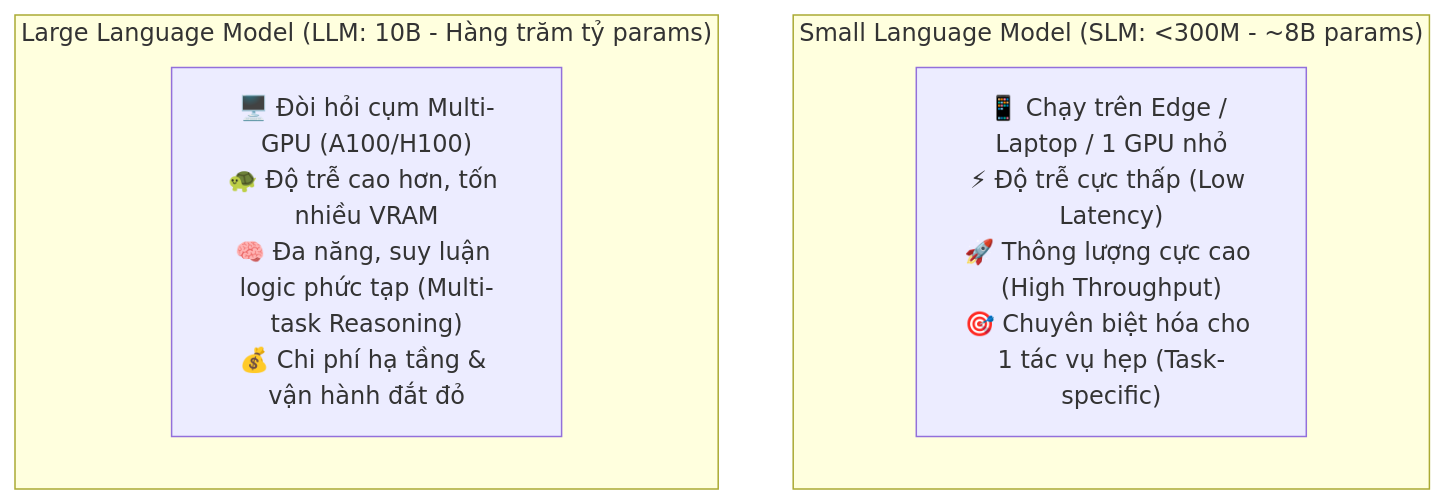
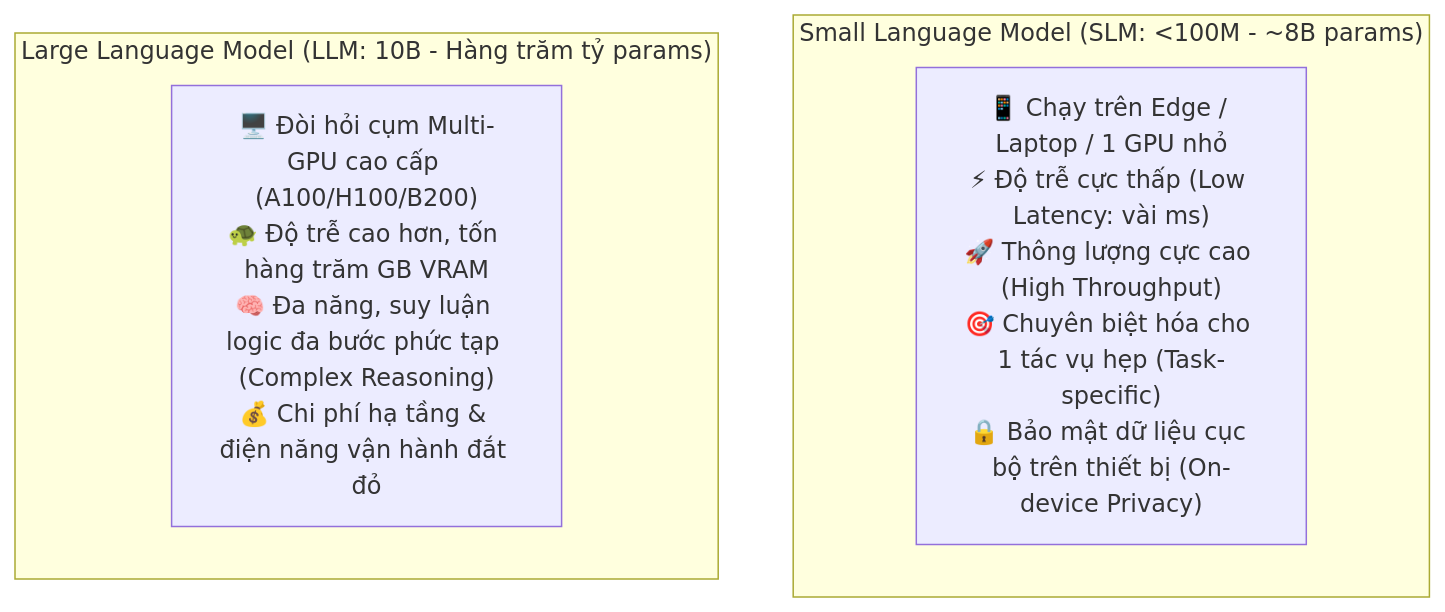
One commit to nxthanh2904/nca-genl changed the second of 5 diagrams in Module_05_Model_Selection.md. Above: the diagram before and after it, drawn with Mermaid. The commit also changed other lines of this file and 11 other files, not shown here.

````diff
--- a/Module_05_Model_Selection.md
+++ b/Module_05_Model_Selection.md
@@ -41,12 +49,12 @@
 ```mermaid
 flowchart TD
-    subgraph SLM_Box["Small Language Model (SLM: <300M - ~8B params)"]
+    subgraph SLM_Box["Small Language Model (SLM: <100M - ~8B params)"]
         direction LR
-        SLM_Icon["📱 Chạy trên Edge / Laptop / 1 GPU nhỏ<br/>⚡ Độ trễ cực thấp (Low Latency)<br/>🚀 Thông lượng cực cao (High Throughput)<br/>🎯 Chuyên biệt hóa cho 1 tác vụ hẹp (Task-specific)"]
+        SLM_Icon["📱 Chạy trên Edge / Laptop / 1 GPU nhỏ<br/>⚡ Độ trễ cực thấp (Low Latency: vài ms)<br/>🚀 Thông lượng cực cao (High Throughput)<br/>🎯 Chuyên biệt hóa cho 1 tác vụ hẹp (Task-specific)<br/>🔒 Bảo mật dữ liệu cục bộ trên thiết bị (On-device Privacy)"]
     end
 
     subgraph LLM_Box["Large Language Model (LLM: 10B - Hàng trăm tỷ params)"]
         direction LR
-        LLM_Icon["🖥️ Đòi hỏi cụm Multi-GPU (A100/H100)<br/>🐢 Độ trễ cao hơn, tốn nhiều VRAM<br/>🧠 Đa năng, suy luận logic phức tạp (Multi-task Reasoning)<br/>💰 Chi phí hạ tầng & vận hành đắt đỏ"]
+        LLM_Icon["🖥️ Đòi hỏi cụm Multi-GPU cao cấp (A100/H100/B200)<br/>🐢 Độ trễ cao hơn, tốn hàng trăm GB VRAM<br/>🧠 Đa năng, suy luận logic đa bước phức tạp (Complex Reasoning)<br/>💰 Chi phí hạ tầng & điện năng vận hành đắt đỏ"]
     end
 ```
````
